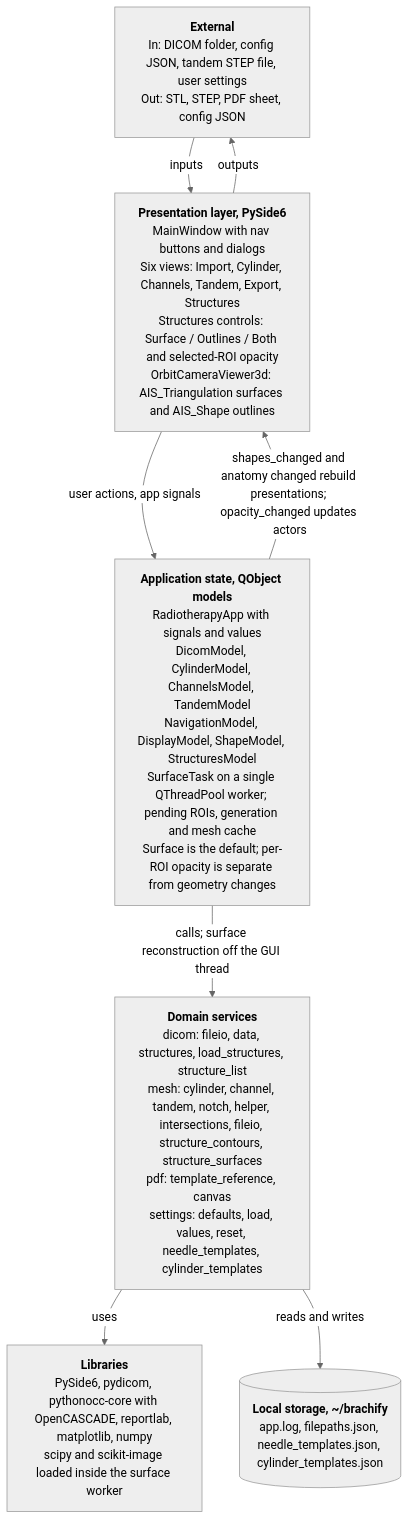
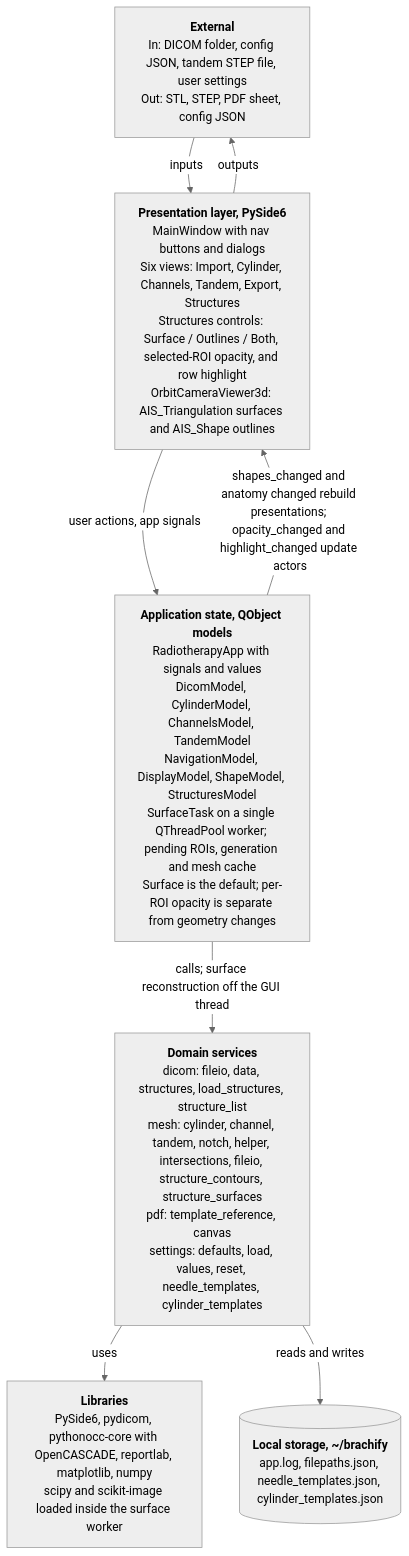
The diagram in docs/architecture/diagrams/system-architecture.mmd (COSC-499-W2026/capstone-project-team-10), drawn with Mermaid (neutral theme) before and after one commit. The commit also changed 9 other files, not shown here.

Commit message:
docs: show highlight_changed on the architecture pictures

```diff
--- a/docs/architecture/diagrams/system-architecture.mmd
+++ b/docs/architecture/diagrams/system-architecture.mmd
@@ -1,17 +1,17 @@
 %% title: System architecture
 %% alt: System architecture of brachify, a layered desktop application with a presentation layer, application state, domain services, third party libraries and local storage
 flowchart TB
   ext["<b>External</b><br/>In: DICOM folder, config JSON, tandem STEP file, user settings<br/>Out: STL, STEP, PDF sheet, config JSON"]
-  pres["<b>Presentation layer, PySide6</b><br/>MainWindow with nav buttons and dialogs<br/>Six views: Import, Cylinder, Channels, Tandem, Export, Structures<br/>Structures controls: Surface / Outlines / Both and selected-ROI opacity<br/>OrbitCameraViewer3d: AIS_Triangulation surfaces and AIS_Shape outlines"]
+  pres["<b>Presentation layer, PySide6</b><br/>MainWindow with nav buttons and dialogs<br/>Six views: Import, Cylinder, Channels, Tandem, Export, Structures<br/>Structures controls: Surface / Outlines / Both, selected-ROI opacity, and row highlight<br/>OrbitCameraViewer3d: AIS_Triangulation surfaces and AIS_Shape outlines"]
   state["<b>Application state, QObject models</b><br/>RadiotherapyApp with signals and values<br/>DicomModel, CylinderModel, ChannelsModel, TandemModel<br/>NavigationModel, DisplayModel, ShapeModel, StructuresModel<br/>SurfaceTask on a single QThreadPool worker; pending ROIs, generation and mesh cache<br/>Surface is the default; per-ROI opacity is separate from geometry changes"]
   domain["<b>Domain services</b><br/>dicom: fileio, data, structures, load_structures, structure_list<br/>mesh: cylinder, channel, tandem, notch, helper, intersections, fileio, structure_contours, structure_surfaces<br/>pdf: template_reference, canvas<br/>settings: defaults, load, values, reset, needle_templates, cylinder_templates"]
   lib["<b>Libraries</b><br/>PySide6, pydicom, pythonocc-core with OpenCASCADE, reportlab, matplotlib, numpy<br/>scipy and scikit-image loaded inside the surface worker"]
   disk[("<b>Local storage, ~/brachify</b><br/>app.log, filepaths.json, needle_templates.json, cylinder_templates.json")]
 
   ext -->|"inputs"| pres
   pres -->|"outputs"| ext
   pres -->|"user actions, app signals"| state
-  state -->|"shapes_changed and anatomy changed rebuild presentations; opacity_changed updates actors"| pres
+  state -->|"shapes_changed and anatomy changed rebuild presentations; opacity_changed and highlight_changed update actors"| pres
   state -->|"calls; surface reconstruction off the GUI thread"| domain
   domain -->|"uses"| lib
   domain -->|"reads and writes"| disk
```
